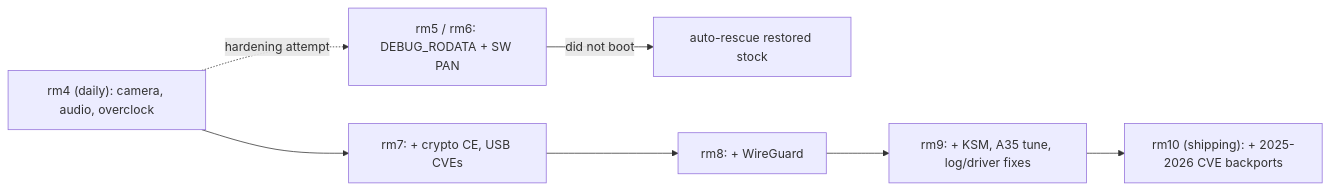
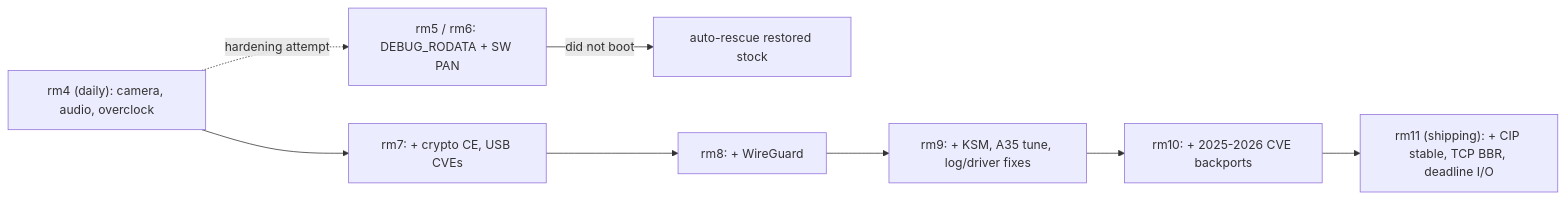
One commit to milouk/mls-maic changed the first of 2 diagrams in README.md. Above: the diagram before and after it, drawn with Mermaid. The commit also changed other lines of this file and 8 other files, not shown here.

````diff
--- a/README.md
+++ b/README.md
@@ -135,9 +148,10 @@
 ```mermaid
 flowchart LR
     rm4["rm4 (daily): camera, audio, overclock"] --> rm7["rm7: + crypto CE, USB CVEs"]
     rm4 -.->|hardening attempt| rm56["rm5 / rm6: DEBUG_RODATA + SW PAN"]
     rm56 -->|"did not boot"| rescue["auto-rescue restored stock"]
     rm7 --> rm8["rm8: + WireGuard"]
     rm8 --> rm9["rm9: + KSM, A35 tune, log/driver fixes"]
-    rm9 --> rm10["rm10 (shipping): + 2025-2026 CVE backports"]
+    rm9 --> rm10["rm10: + 2025-2026 CVE backports"]
+    rm10 --> rm11["rm11 (shipping): + CIP stable, TCP BBR, deadline I/O"]
 ```
````
